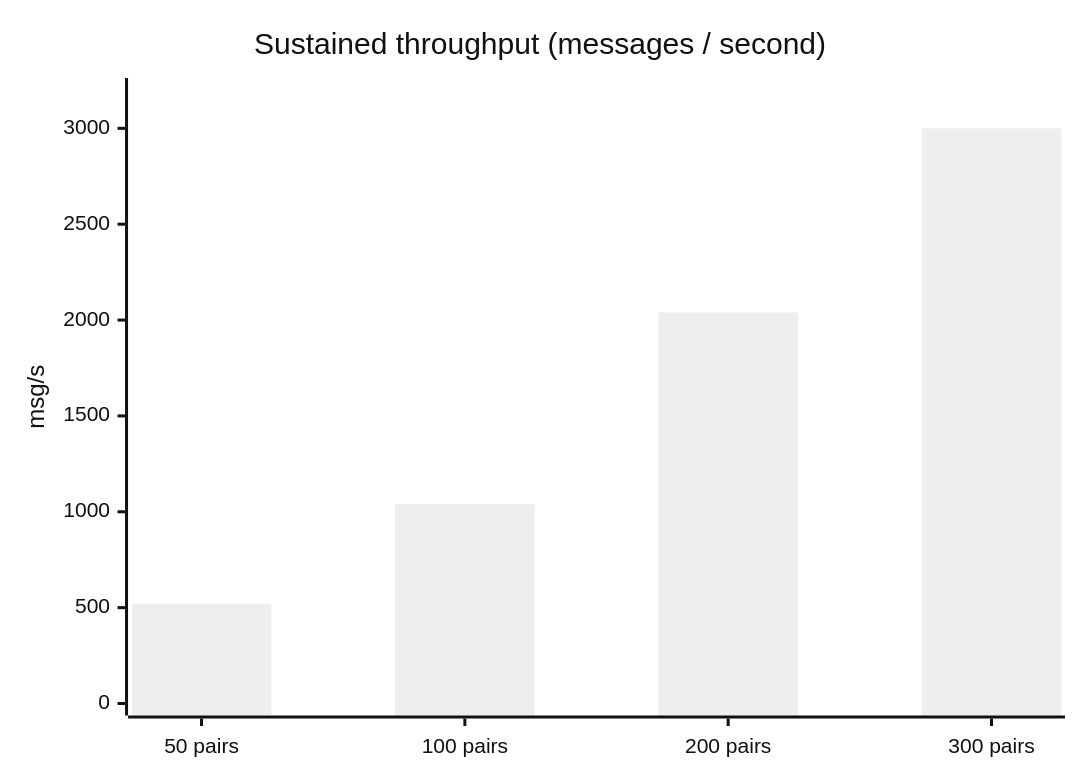
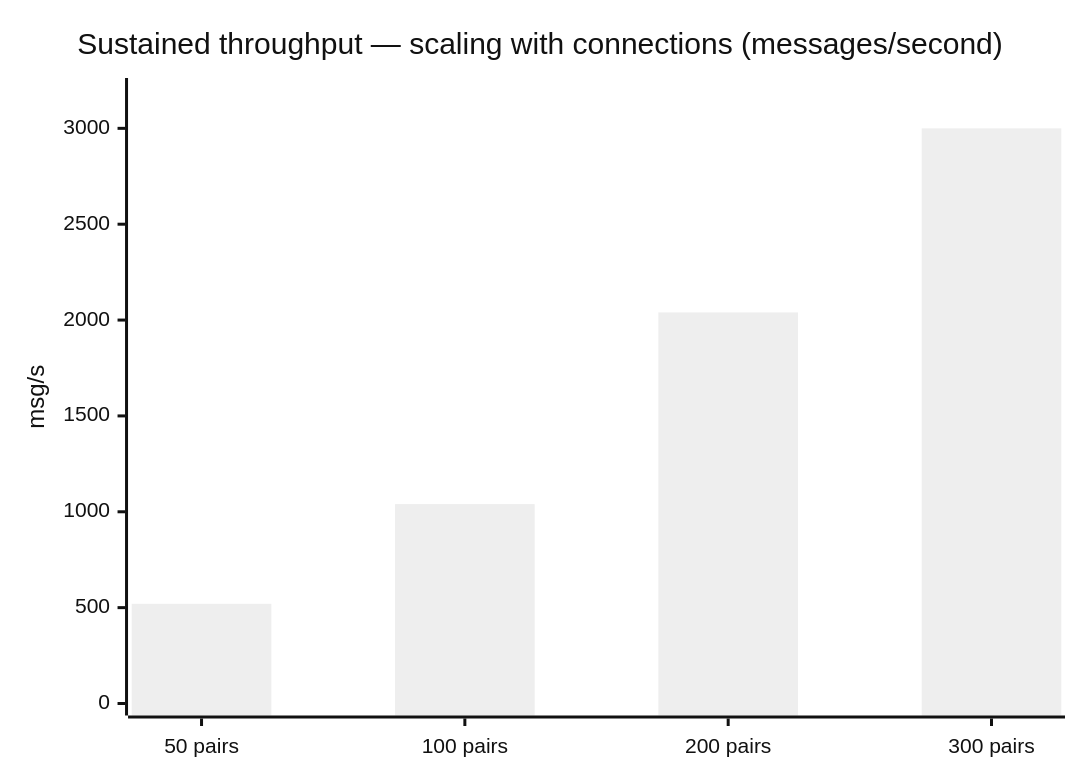
Before and after one commit to Lindenson/HormigaMessanger: the third of 3 diagrams in docs/PERFORMANCE.md, drawn with Mermaid (neutral theme). The commit also changed other lines of this file and 1 other file, not shown here.

````diff
--- a/docs/PERFORMANCE.md
+++ b/docs/PERFORMANCE.md
@@ -76,7 +104,7 @@
 ```mermaid
 xychart-beta
-    title "Sustained throughput (messages / second)"
+    title "Sustained throughput — scaling with connections (messages/second)"
     x-axis ["50 pairs", "100 pairs", "200 pairs", "300 pairs"]
     y-axis "msg/s" 0 --> 3200
     bar [520, 1040, 2040, 3000]
 ```
````
